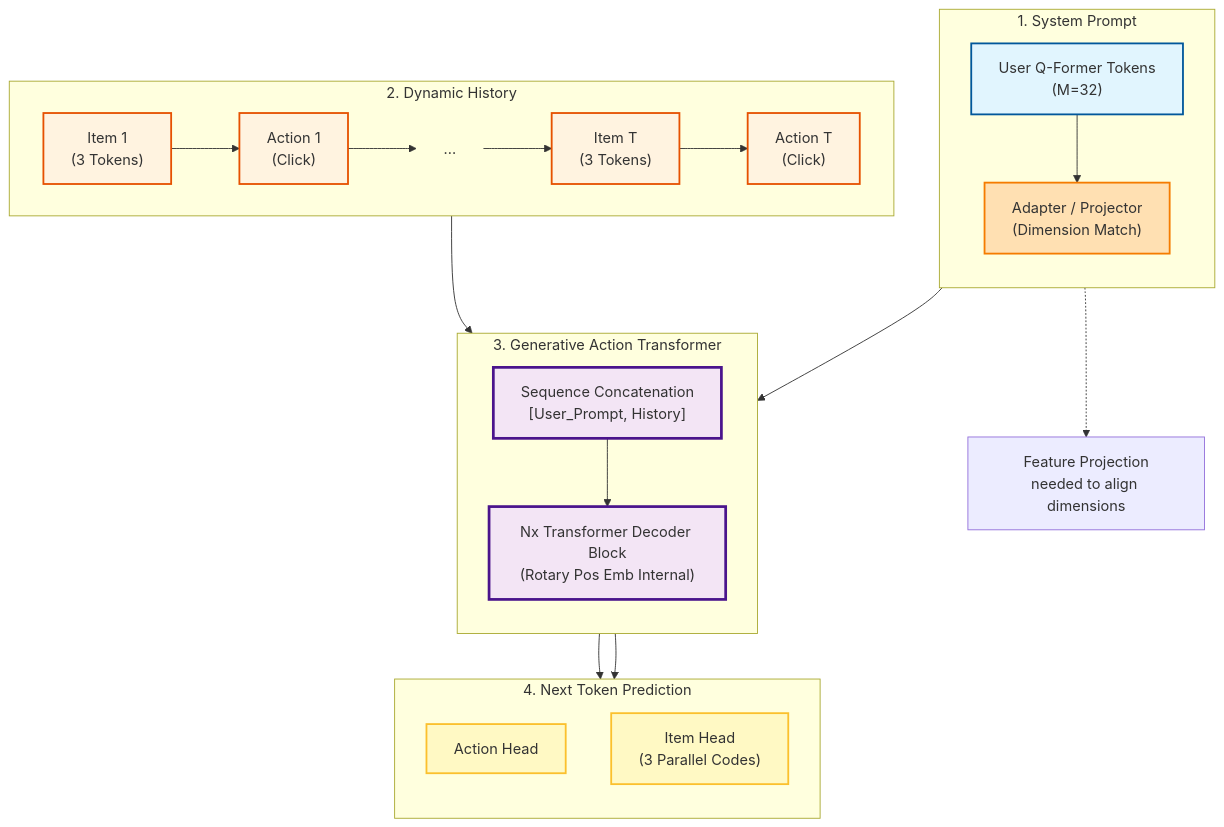
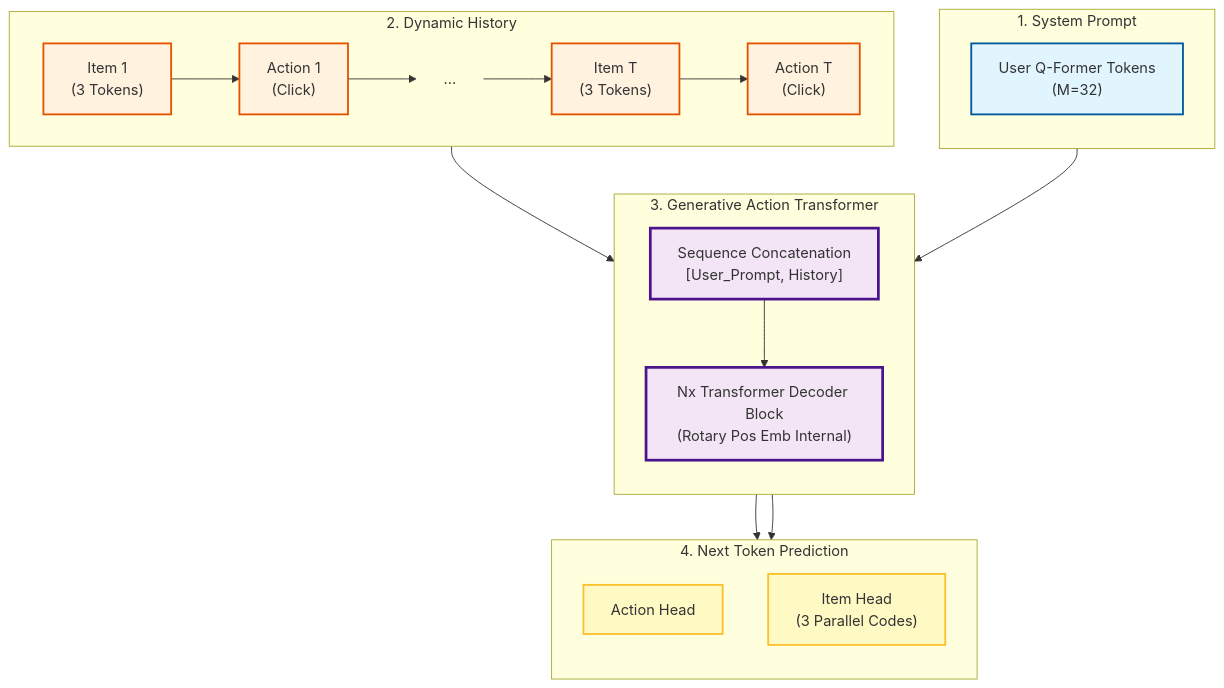
Before and after one commit to Jack31098/user_modeling_design: the sixth of 6 diagrams in doc.markdown, drawn with Mermaid.

Commit message:
reformat

````diff
--- a/doc.markdown
+++ b/doc.markdown
@@ -749,57 +749,50 @@
 ```mermaid
 graph TB
     %% ============ Styles ============
     classDef context_block fill:#e1f5fe,stroke:#01579b,stroke-width:2px;
     classDef projector_block fill:#ffe0b2,stroke:#f57c00,stroke-width:2px;
     classDef seq_block fill:#fff3e0,stroke:#e65100,stroke-width:2px;
     classDef transformer_block fill:#f3e5f5,stroke:#4a148c,stroke-width:3px;
     classDef output_head fill:#fff9c4,stroke:#fbc02d,stroke-width:2px;
     classDef ghost fill:none,stroke:none;
 
     %% ============ 1. THE CONTEXT ============
     subgraph Context ["1. System Prompt"]
         direction TB
         UserQ["User Q-Former Tokens<br/>(M=32)"]:::context_block
-        Projector["Adapter / Projector<br/>(Dimension Match)"]:::projector_block
-        
-        UserQ --> Projector
     end
 
     %% ============ 2. THE INPUT SEQUENCE ============
     subgraph Input_Stream ["2. Dynamic History"]
         direction LR
         I1["Item 1<br/>(3 Tokens)"]:::seq_block
         A1["Action 1<br/>(Click)"]:::seq_block
         Dots["..."]:::ghost
         IT["Item T<br/>(3 Tokens)"]:::seq_block
         AT["Action T<br/>(Click)"]:::seq_block
         
         I1 --> A1 --> Dots --> IT --> AT
     end
 
     %% ============ 3. THE BRAIN ============
     subgraph Transformer ["3. Generative Action Transformer"]
         direction TB
         Concat_Layer["Sequence Concatenation<br/>[User_Prompt, History]"]:::transformer_block
         Decoder_Layers["Nx Transformer Decoder Block<br/>(Rotary Pos Emb Internal)"]:::transformer_block
     end
 
     %% ============ 4. OUTPUT ============
     subgraph Predictions ["4. Next Token Prediction"]
         direction TB
         Head_Action["Action Head"]:::output_head
         Head_Item["Item Head<br/>(3 Parallel Codes)"]:::output_head
     end
 
     %% ============ Connections ============
-    Projector --> Concat_Layer
+    UserQ --> Concat_Layer
     AT --> Concat_Layer
     
     Concat_Layer --> Decoder_Layers
     Decoder_Layers --> Head_Action
     Decoder_Layers --> Head_Item
-
-    %% ============ Annotations ============
-    note_proj["Feature Projection<br/>needed to align dimensions"]
-    Projector -.-> note_proj
 ```
````
